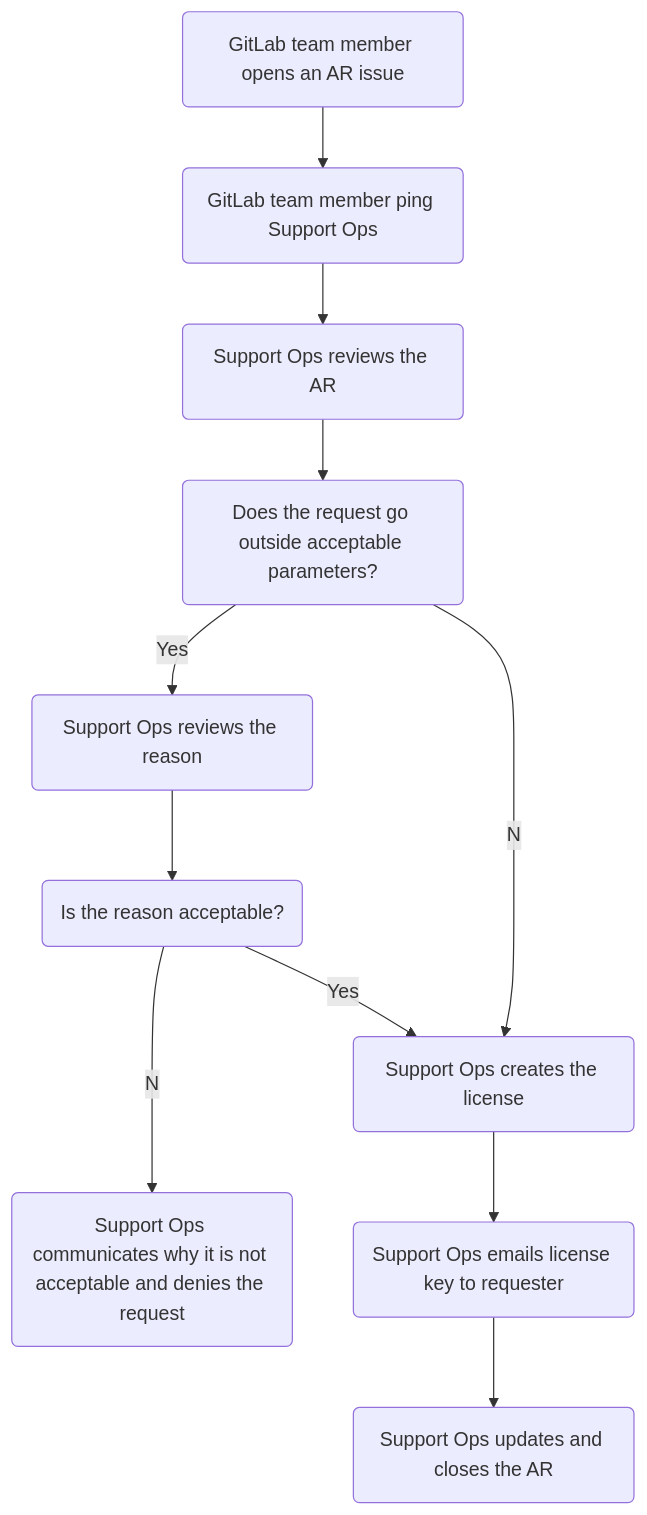
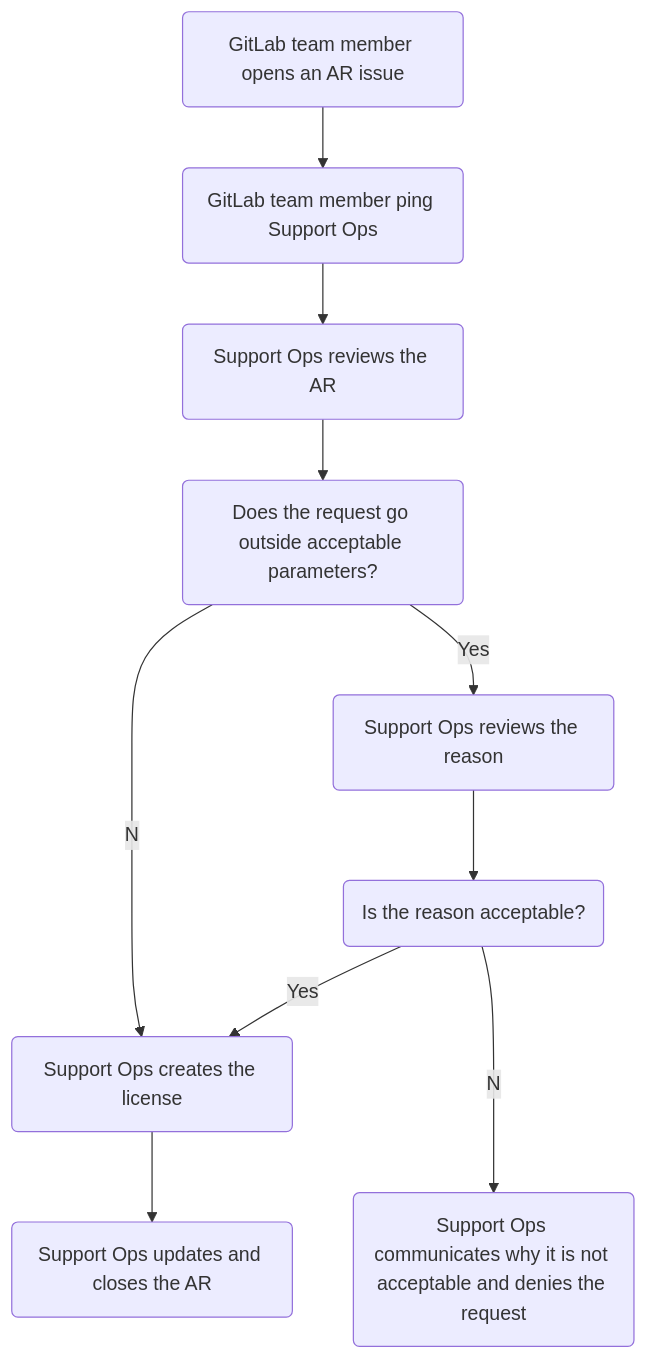
One commit to secretstartups/handbook changed the diagram in support/support-ops/workflows/generating_gitlab_licenses.html.md. Above: the diagram before and after it, drawn with Mermaid. The commit also changed other lines of this file, not shown here.

Commit message:
Corrected duplication regarding emails for Internal Team Members license.

````diff
--- a/support/support-ops/workflows/generating_gitlab_licenses.html.md
+++ b/support/support-ops/workflows/generating_gitlab_licenses.html.md
@@ -35,23 +35,21 @@
 ```mermaid
 graph TD;
   A-->B;
   B-->C;
   C-->D;
   D--Yes-->E;
   E-->F;
   D--No-->H;
   F--Yes-->H;
   F--No-->G;
   H-->I;
-  I-->J;
   A(GitLab team member opens an AR issue)
   B(GitLab team member ping Support Ops)
   C(Support Ops reviews the AR)
   D(Does the request go outside acceptable parameters?)
   E(Support Ops reviews the reason)
   F(Is the reason acceptable?)
   G(Support Ops communicates why it is not acceptable and denies the request)
   H(Support Ops creates the license)
-  I(Support Ops emails license key to requester)
-  J(Support Ops updates and closes the AR)
+  I(Support Ops updates and closes the AR)
 ```
````
